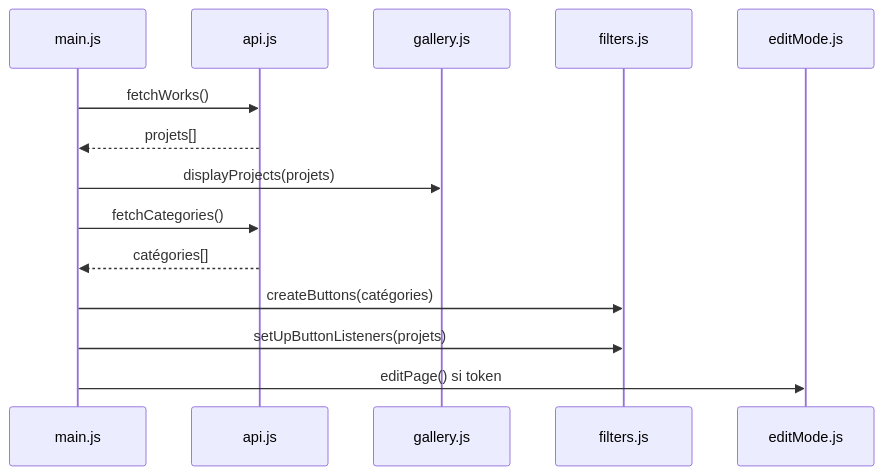
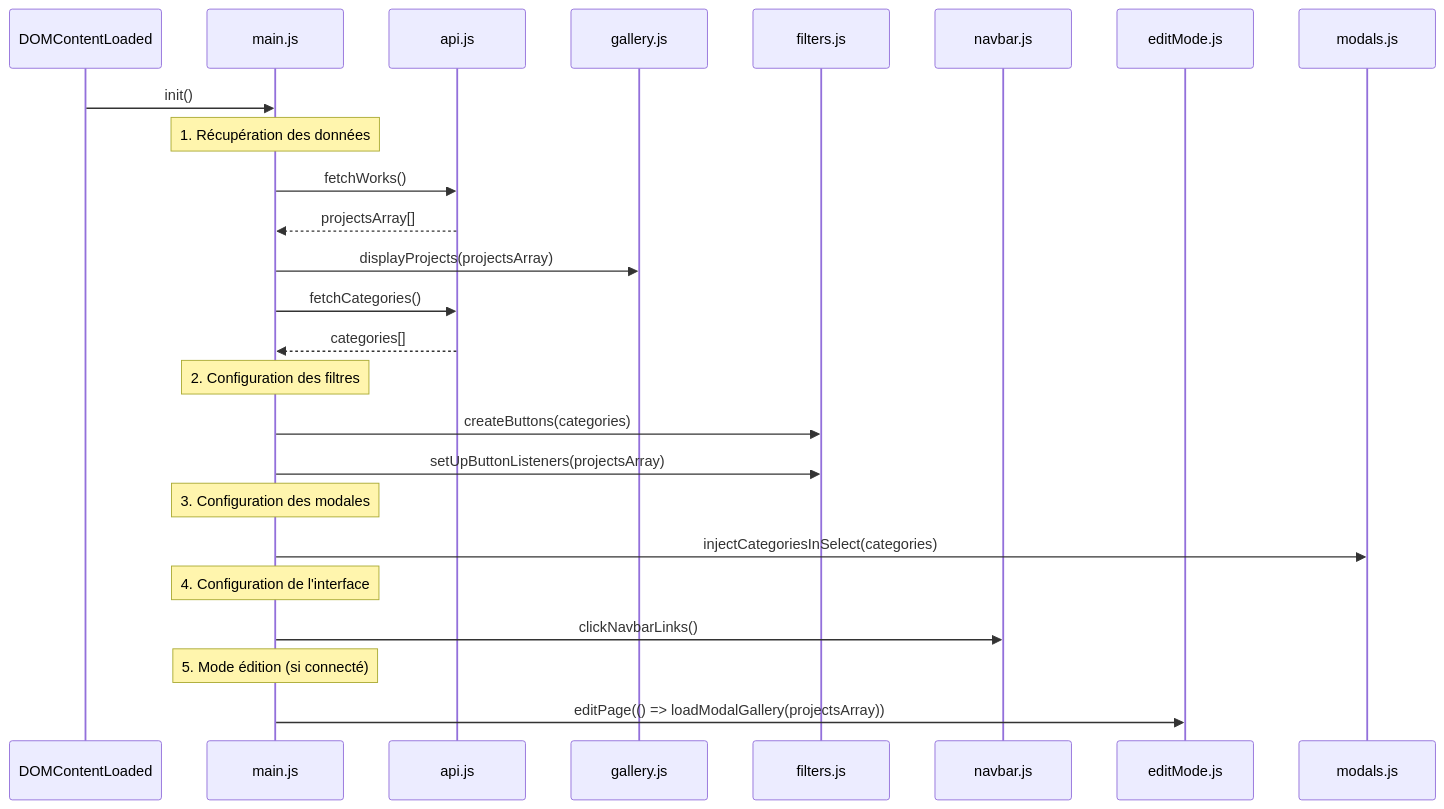
One commit to ProjetsDevFanny/Projet3_OCR_Sophie_Bluel_Javascript_vanilla changed the diagram in README.md. Above: the diagram before and after it, drawn with Mermaid. The commit also changed other lines of this file and 11 other files, not shown here.

````diff
--- a/README.md
+++ b/README.md
@@ -105,17 +76,34 @@
 ```mermaid
 sequenceDiagram
+    participant DOM as DOMContentLoaded
     participant M as main.js
     participant A as api.js
     participant G as gallery.js
     participant F as filters.js
+    participant N as navbar.js
     participant E as editMode.js
+    participant MOD as modals.js
 
+    DOM->>M: init()
+
+    Note over M: 1. Récupération des données
     M->>A: fetchWorks()
-    A-->>M: projets[]
-    M->>G: displayProjects(projets)
+    A-->>M: projectsArray[]
+    M->>G: displayProjects(projectsArray)
+
     M->>A: fetchCategories()
-    A-->>M: catégories[]
-    M->>F: createButtons(catégories)
-    M->>F: setUpButtonListeners(projets)
-    M->>E: editPage() si token
+    A-->>M: categories[]
+
+    Note over M: 2. Configuration des filtres
+    M->>F: createButtons(categories)
+    M->>F: setUpButtonListeners(projectsArray)
+
+    Note over M: 3. Configuration des modales
+    M->>MOD: injectCategoriesInSelect(categories)
+
+    Note over M: 4. Configuration de l'interface
+    M->>N: clickNavbarLinks()
+
+    Note over M: 5. Mode édition (si connecté)
+    M->>E: editPage(() => loadModalGallery(projectsArray))
 ```
````
